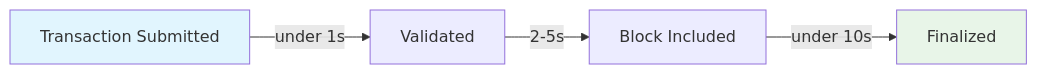
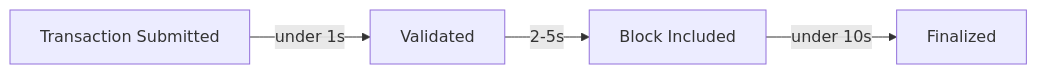
One commit to CLayer-dev/docs changed the first of 3 diagrams in docs/intro.mdx. Above: the diagram before and after it, drawn with Mermaid. The commit also changed other lines of this file and 25 other files, not shown here.

````diff
--- a/docs/intro.mdx
+++ b/docs/intro.mdx
@@ -123,9 +147,6 @@
 ```mermaid
 graph LR
     A[Transaction Submitted] -->|under 1s| B[Validated]
     B -->|2-5s| C[Block Included]  
     C -->|under 10s| D[Finalized]
-    
-    style A fill:#e1f5fe
-    style D fill:#e8f5e8
 ```
````
